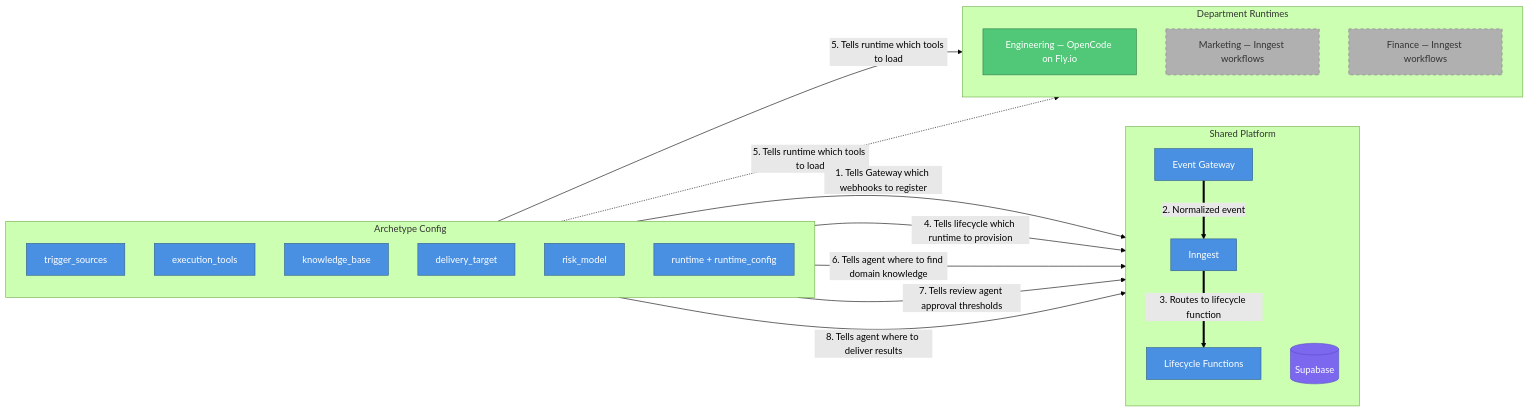
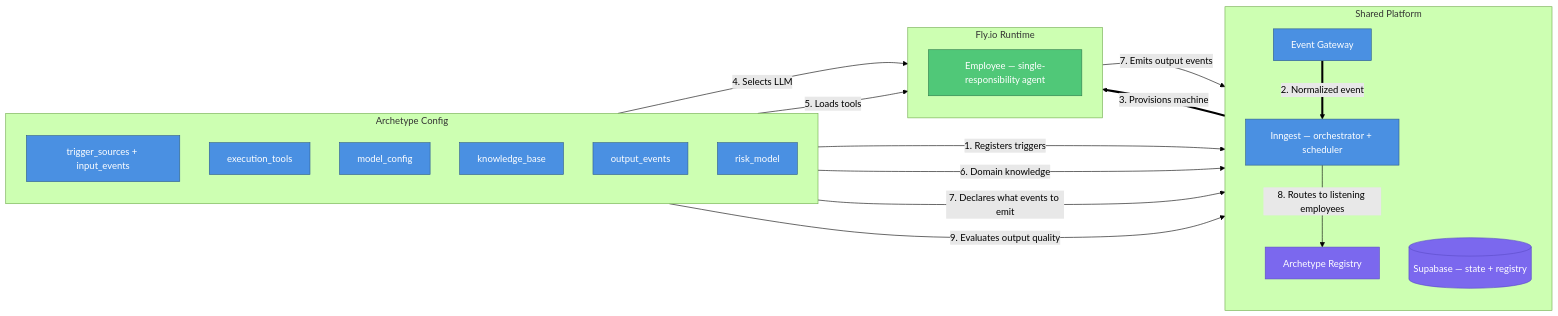
The first of 4 diagrams in docs/2026-04-14-0104-full-system-vision.md (viiqswim/dozaldevs-ai-employee), drawn with Mermaid (forest theme) before and after one commit. The commit also changed other lines of this file and 1 other file, not shown here.

First line of the commit message:
docs: reframe platform around single-responsibility employees with Fly.io-only runtime

````diff
--- a/docs/2026-04-14-0104-full-system-vision.md
+++ b/docs/2026-04-14-0104-full-system-vision.md
@@ -17,42 +23,40 @@
 ```mermaid
 flowchart LR
     subgraph Archetype Config
         direction TB
-        TS["trigger_sources"]:::service
+        TS["trigger_sources + input_events"]:::service
         ET["execution_tools"]:::service
+        MC["model_config"]:::service
         KB["knowledge_base"]:::service
-        DT["delivery_target"]:::service
+        OE["output_events"]:::service
         RM["risk_model"]:::service
-        RT["runtime + runtime_config"]:::service
     end
 
     subgraph Shared Platform
         direction TB
         GW["Event Gateway"]:::service
-        INN["Inngest"]:::service
-        LF["Lifecycle Functions"]:::service
-        SB[("Supabase")]:::storage
+        INN["Inngest — orchestrator + scheduler"]:::service
+        SB[("Supabase — state + registry")]:::storage
+        REG["Archetype Registry"]:::storage
     end
 
-    subgraph Department Runtimes
+    subgraph Fly.io Runtime
         direction TB
-        ENG["Engineering — OpenCode on Fly.io"]:::event
-        MKT["Marketing — Inngest workflows"]:::future
-        FIN["Finance — Inngest workflows"]:::future
+        EMP["Employee — single-responsibility agent"]:::event
     end
 
-    TS -->|"1. Tells Gateway which webhooks to register"| GW
+    TS -->|"1. Registers triggers"| GW
     GW ==>|"2. Normalized event"| INN
-    INN ==>|"3. Routes to lifecycle function"| LF
-    RT -->|"4. Tells lifecycle which runtime to provision"| LF
-    ET -->|"5. Tells runtime which tools to load"| ENG
-    ET -.->|"5. Tells runtime which tools to load"| MKT
-    KB -->|"6. Tells agent where to find domain knowledge"| SB
-    RM -->|"7. Tells review agent approval thresholds"| LF
-    DT -->|"8. Tells agent where to deliver results"| LF
+    INN ==>|"3. Provisions machine"| EMP
+    MC -->|"4. Selects LLM"| EMP
+    ET -->|"5. Loads tools"| EMP
+    KB -->|"6. Domain knowledge"| SB
+    EMP -->|"7. Emits output events"| INN
+    OE -->|"7. Declares what events to emit"| INN
+    INN -->|"8. Routes to listening employees"| REG
+    RM -->|"9. Evaluates output quality"| INN
 
     classDef service fill:#4A90E2,stroke:#2E5C8A,color:#fff
     classDef storage fill:#7B68EE,stroke:#5B4BC7,color:#fff
     classDef event fill:#50C878,stroke:#2D7A4A,color:#fff
-    classDef future fill:#B0B0B0,stroke:#808080,color:#333,stroke-dasharray:5
 ```
````
